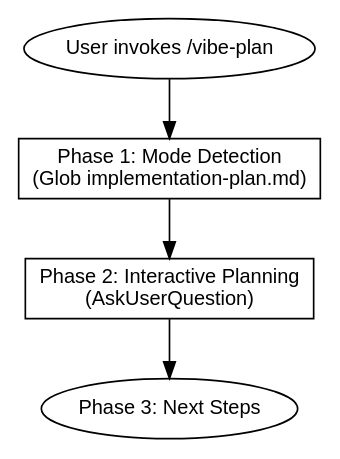
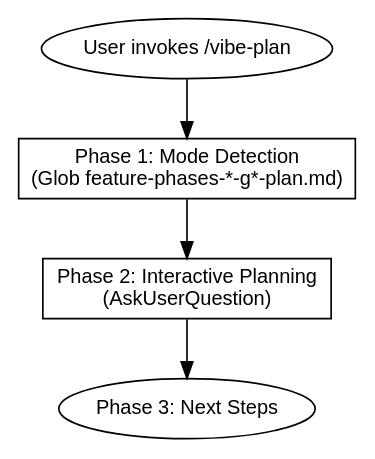
The first of 2 diagrams in skills/vibe-plan/SKILL.md (Yumoxj/vibe-ops), drawn with Graphviz before and after one commit. The commit also changed other lines of this file and 14 other files, not shown here.

````diff
--- a/skills/vibe-plan/SKILL.md
+++ b/skills/vibe-plan/SKILL.md
@@ -22,15 +22,15 @@
 ```dot
 digraph plan_overview {
     rankdir=TB;
     node [fontname="Arial", fontsize=12];
 
     start [shape=ellipse, label="User invokes /vibe-plan"];
-    phase1 [shape=box, label="Phase 1: Mode Detection\n(Glob implementation-plan.md)"];
+    phase1 [shape=box, label="Phase 1: Mode Detection\n(Glob feature-phases-*-g*-plan.md)"];
     phase2 [shape=box, label="Phase 2: Interactive Planning\n(AskUserQuestion)"];
     phase3 [shape=ellipse, label="Phase 3: Next Steps"];
 
     start -> phase1;
     phase1 -> phase2;
     phase2 -> phase3;
 }
 ```
````
